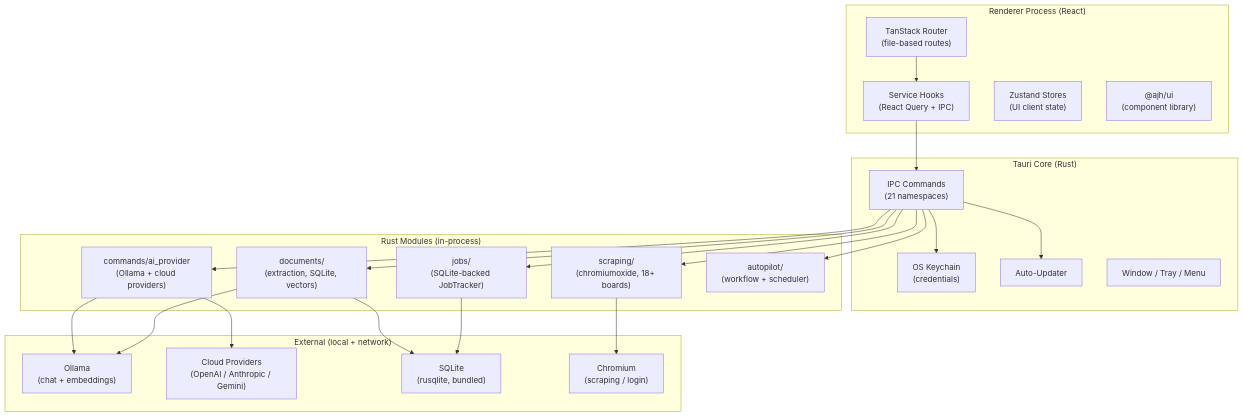
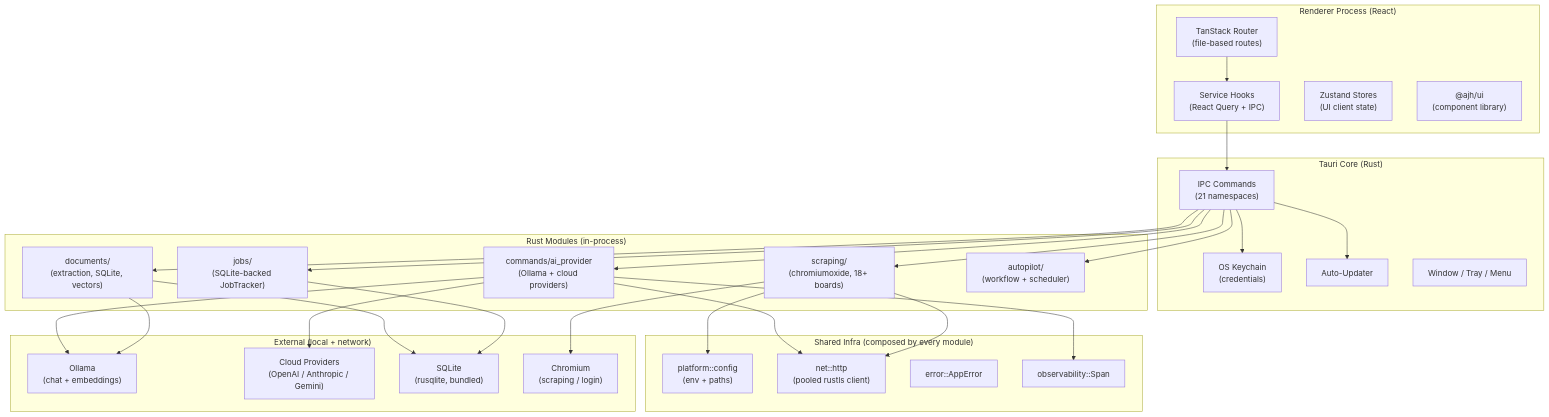
Before and after one commit to saeedkolivand/ai-job-hunter-app: the first of 7 diagrams in docs/ARCHITECTURE.md, drawn with Mermaid. The commit also changed other lines of this file and 4 other files, not shown here.

````diff
--- a/docs/ARCHITECTURE.md
+++ b/docs/ARCHITECTURE.md
@@ -13,47 +13,58 @@
 ```mermaid
 graph TB
     subgraph Renderer["Renderer Process (React)"]
         Router["TanStack Router\n(file-based routes)"]
         Services["Service Hooks\n(React Query + IPC)"]
         Stores["Zustand Stores\n(UI client state)"]
         UILib["@ajh/ui\n(component library)"]
     end
 
     subgraph Tauri["Tauri Core (Rust)"]
         Commands["IPC Commands\n(21 namespaces)"]
         Keychain["OS Keychain\n(credentials)"]
         Updater["Auto-Updater"]
         Window["Window / Tray / Menu"]
     end
 
     subgraph RustModules["Rust Modules (in-process)"]
         Scraping["scraping/\n(chromiumoxide, 18+ boards)"]
         Documents["documents/\n(extraction, SQLite, vectors)"]
         AiProvider["commands/ai_provider\n(Ollama + cloud providers)"]
         Jobs["jobs/\n(SQLite-backed JobTracker)"]
         Autopilot["autopilot/\n(workflow + scheduler)"]
     end
 
+    subgraph Shared["Shared Infra (composed by every module)"]
+        Config["platform::config\n(env + paths)"]
+        Net["net::http\n(pooled rustls client)"]
+        Err["error::AppError"]
+        Obs["observability::Span"]
+    end
+
     subgraph External["External (local + network)"]
         Ollama["Ollama\n(chat + embeddings)"]
         Cloud["Cloud Providers\n(OpenAI / Anthropic / Gemini)"]
         SQLite["SQLite\n(rusqlite, bundled)"]
         Browser["Chromium\n(scraping / login)"]
     end
 
     Router --> Services
     Services --> Commands
     Commands --> Scraping
     Commands --> Documents
     Commands --> AiProvider
     Commands --> Jobs
     Commands --> Autopilot
     AiProvider --> Ollama
     AiProvider --> Cloud
     Documents --> SQLite
     Documents --> Ollama
     Jobs --> SQLite
     Scraping --> Browser
     Commands --> Keychain
     Commands --> Updater
+    AiProvider --> Net
+    Scraping --> Net
+    AiProvider --> Obs
+    Scraping --> Config
 ```
````
